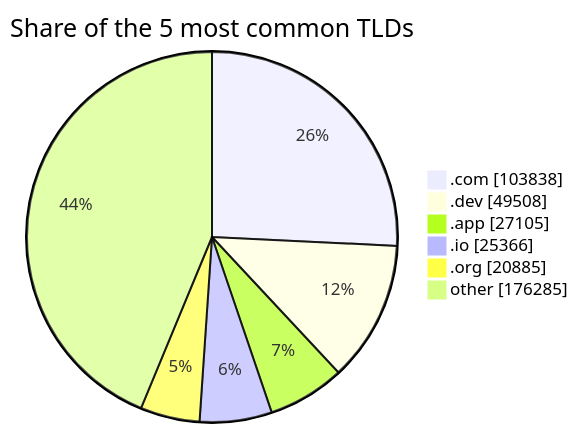
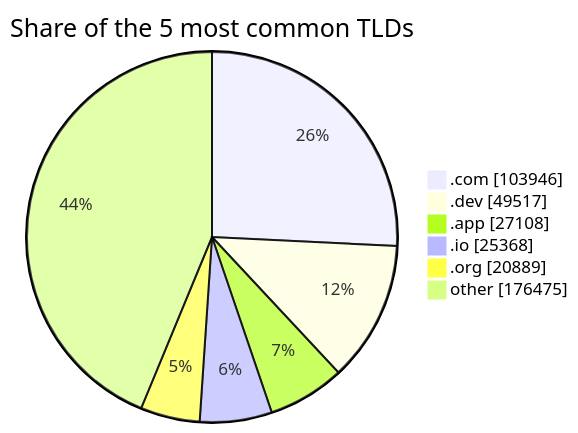
One commit to DNSBunker/CTI changed the third of 3 diagrams in README.md. Above: the diagram before and after it, drawn with Mermaid. The commit also changed other lines of this file and 3 other files, not shown here.

````diff
--- a/README.md
+++ b/README.md
@@ -81,9 +81,9 @@
 ```mermaid
 pie showData title Share of the 5 most common TLDs
-    ".com" : 103838
-    ".dev" : 49508
-    ".app" : 27105
-    ".io" : 25366
-    ".org" : 20885
-    "other" : 176285
+    ".com" : 103946
+    ".dev" : 49517
+    ".app" : 27108
+    ".io" : 25368
+    ".org" : 20889
+    "other" : 176475
 ```
````
